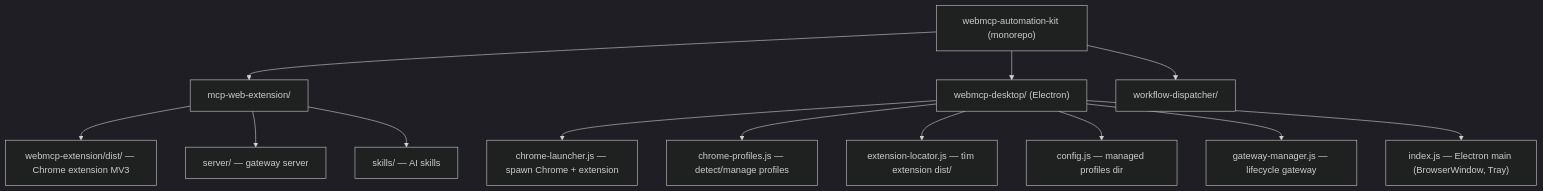
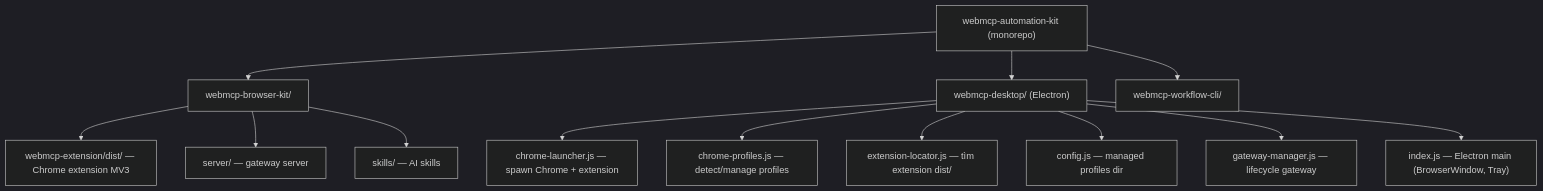
Before and after one commit to uyencss/web-automation-extension: the first of 2 diagrams in docs/20260701_chrome-launcher-cli.md, drawn with Mermaid (dark theme). The commit also changed other lines of this file and 6 other files, not shown here.

Commit message:
refactor: rename mcp-web-extension to webmcp-browser-kit and update references

````diff
--- a/docs/20260701_chrome-launcher-cli.md
+++ b/docs/20260701_chrome-launcher-cli.md
@@ -23,17 +23,17 @@
 ```mermaid
 graph TD
-    A["webmcp-automation-kit (monorepo)"] --> B["mcp-web-extension/"]
+    A["webmcp-automation-kit (monorepo)"] --> B["webmcp-browser-kit/"]
     A --> C["webmcp-desktop/ (Electron)"]
-    A --> D["workflow-dispatcher/"]
+    A --> D["webmcp-workflow-cli/"]
     
     B --> E["webmcp-extension/dist/ — Chrome extension MV3"]
     B --> F["server/ — gateway server"]
     B --> G["skills/ — AI skills"]
     
     C --> H["chrome-launcher.js — spawn Chrome + extension"]
     C --> I["chrome-profiles.js — detect/manage profiles"]
     C --> J["extension-locator.js — tìm extension dist/"]
     C --> K["config.js — managed profiles dir"]
     C --> L["gateway-manager.js — lifecycle gateway"]
     C --> M["index.js — Electron main (BrowserWindow, Tray)"]
 ```
````
